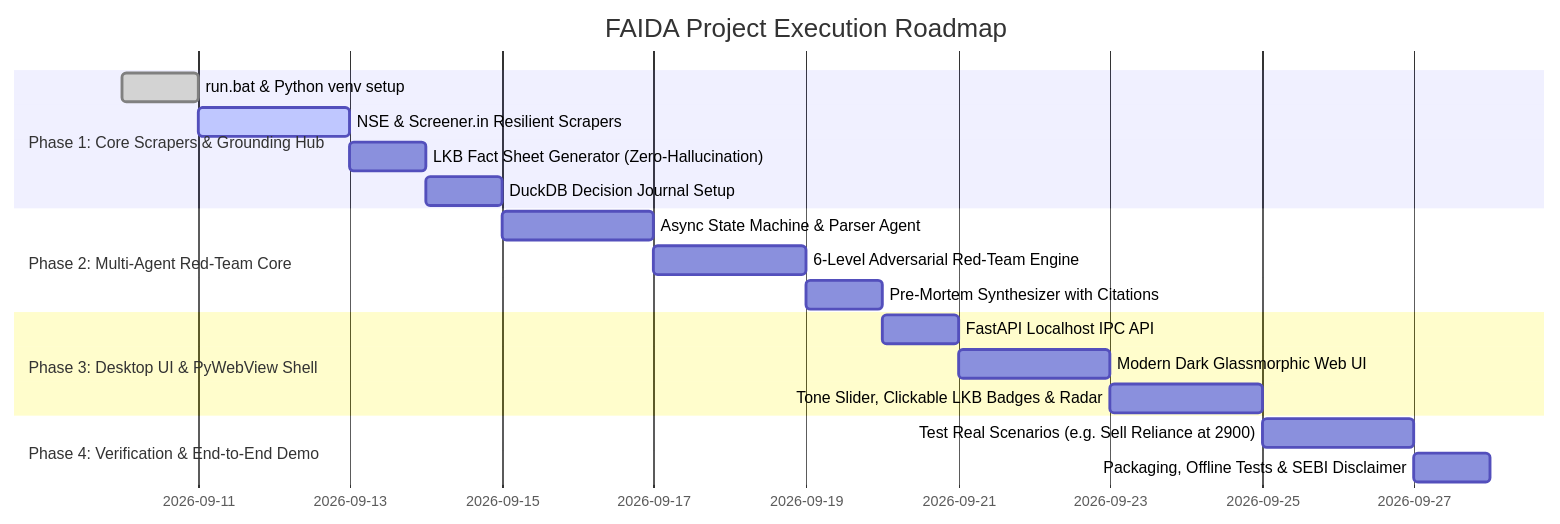
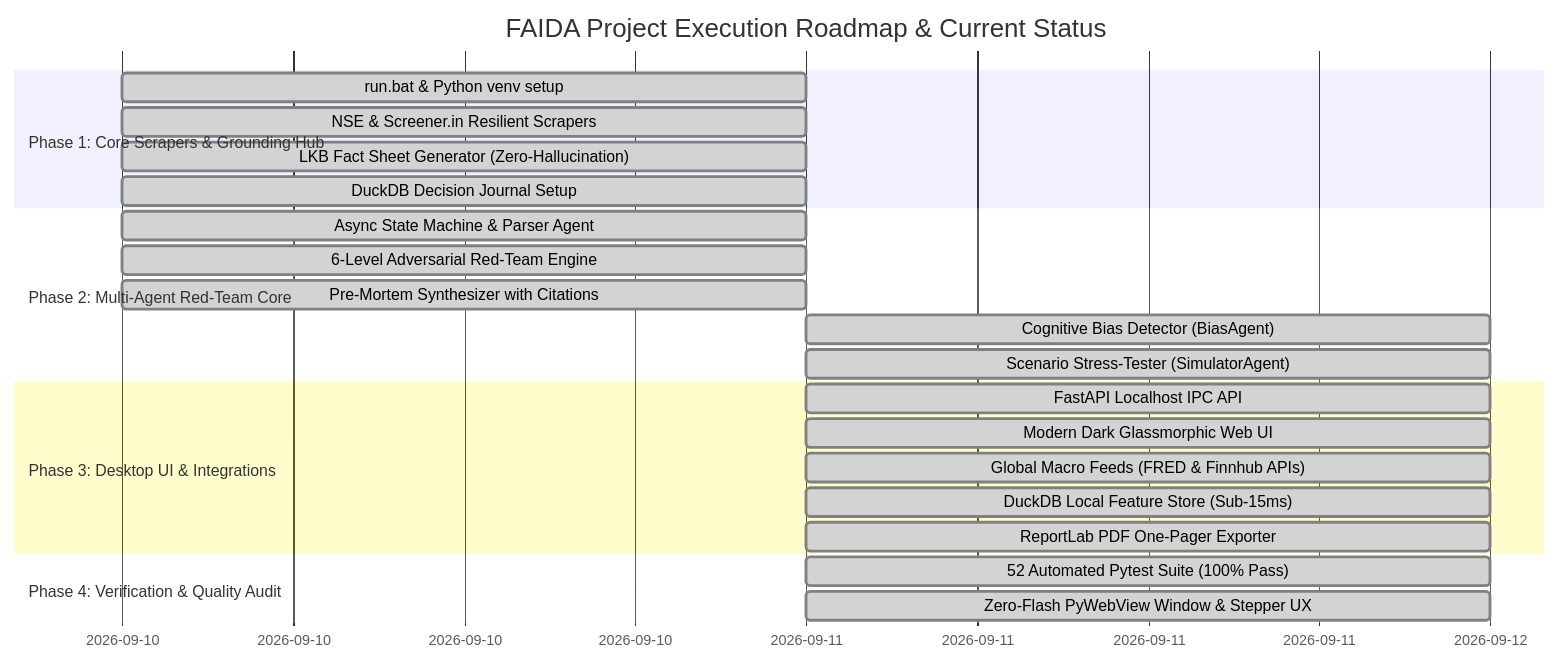
One commit to EricSiq/FAIDA-Adverserial-Indian-Market-Intelligence changed the diagram in 03_DECISION_FRAMEWORK_AND_ROADMAP.md. Above: the diagram before and after it, drawn with Mermaid. The commit also changed other lines of this file and 17 other files, not shown here.

````diff
--- a/03_DECISION_FRAMEWORK_AND_ROADMAP.md
+++ b/03_DECISION_FRAMEWORK_AND_ROADMAP.md
@@ -87,21 +109,25 @@
 ```mermaid
 gantt
-    title FAIDA Project Execution Roadmap
+    title FAIDA Project Execution Roadmap & Current Status
     dateFormat  YYYY-MM-DD
     section Phase 1: Core Scrapers & Grounding Hub
     run.bat & Python venv setup               :done, 2026-09-10, 1d
-    NSE & Screener.in Resilient Scrapers      :active, 2026-09-11, 2d
-    LKB Fact Sheet Generator (Zero-Hallucination):2026-09-13, 1d
-    DuckDB Decision Journal Setup             :2026-09-14, 1d
+    NSE & Screener.in Resilient Scrapers      :done, 2026-09-10, 1d
+    LKB Fact Sheet Generator (Zero-Hallucination):done, 2026-09-10, 1d
+    DuckDB Decision Journal Setup             :done, 2026-09-10, 1d
     section Phase 2: Multi-Agent Red-Team Core
-    Async State Machine & Parser Agent        :2026-09-15, 2d
-    6-Level Adversarial Red-Team Engine       :2026-09-17, 2d
-    Pre-Mortem Synthesizer with Citations     :2026-09-19, 1d
-    section Phase 3: Desktop UI & PyWebView Shell
-    FastAPI Localhost IPC API                 :2026-09-20, 1d
-    Modern Dark Glassmorphic Web UI           :2026-09-21, 2d
-    Tone Slider, Clickable LKB Badges & Radar :2026-09-23, 2d
-    section Phase 4: Verification & End-to-End Demo
-    Test Real Scenarios (e.g. Sell Reliance at 2900):2026-09-25, 2d
-    Packaging, Offline Tests & SEBI Disclaimer:2026-09-27, 1d
+    Async State Machine & Parser Agent        :done, 2026-09-10, 1d
+    6-Level Adversarial Red-Team Engine       :done, 2026-09-10, 1d
+    Pre-Mortem Synthesizer with Citations     :done, 2026-09-10, 1d
+    Cognitive Bias Detector (BiasAgent)       :done, 2026-09-11, 1d
+    Scenario Stress-Tester (SimulatorAgent)   :done, 2026-09-11, 1d
+    section Phase 3: Desktop UI & Integrations
+    FastAPI Localhost IPC API                 :done, 2026-09-11, 1d
+    Modern Dark Glassmorphic Web UI           :done, 2026-09-11, 1d
+    Global Macro Feeds (FRED & Finnhub APIs)  :done, 2026-09-11, 1d
+    DuckDB Local Feature Store (Sub-15ms)     :done, 2026-09-11, 1d
+    ReportLab PDF One-Pager Exporter          :done, 2026-09-11, 1d
+    section Phase 4: Verification & Quality Audit
+    52 Automated Pytest Suite (100% Pass)     :done, 2026-09-11, 1d
+    Zero-Flash PyWebView Window & Stepper UX  :done, 2026-09-11, 1d
 ```
````
